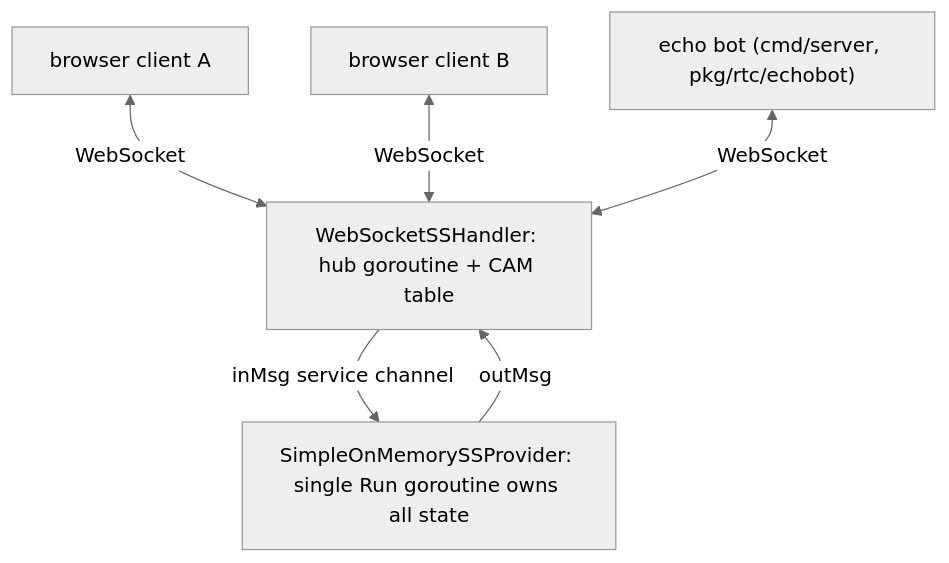
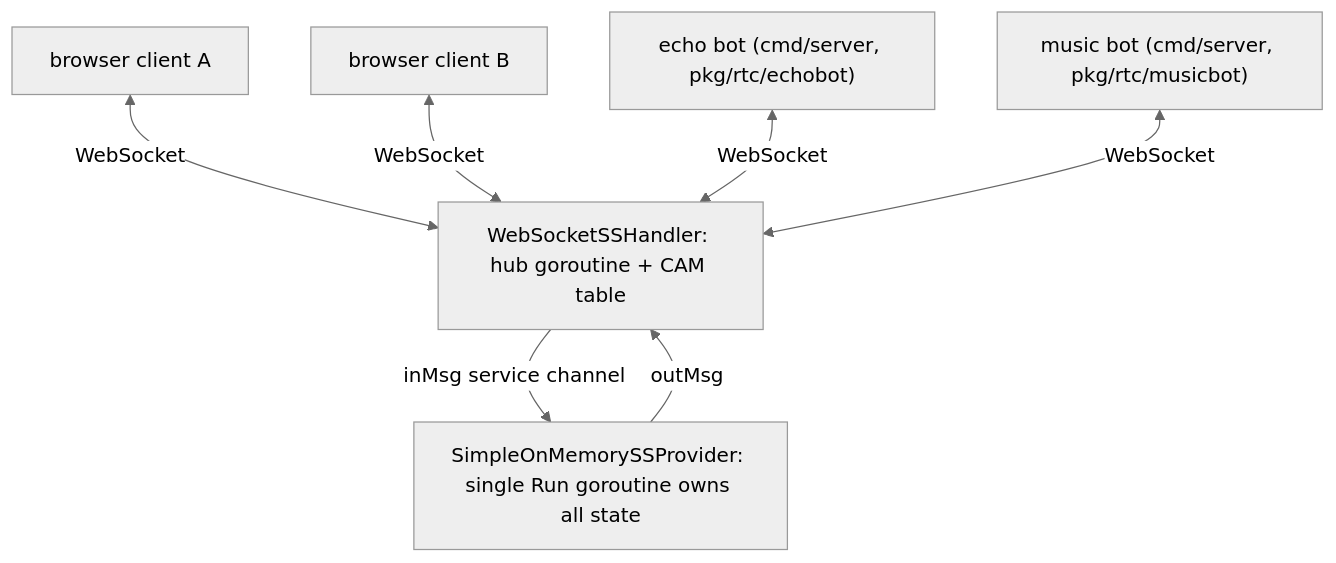
The diagram in docs/signalling-server.md (cmpxchg16b-nop/personal-site), drawn with Mermaid (neutral theme) before and after one commit. The commit also changed other lines of this file and 21 other files, not shown here.

Commit message:
Add music bot

````diff
--- a/docs/signalling-server.md
+++ b/docs/signalling-server.md
@@ -24,8 +26,9 @@
 ```mermaid
 graph TD
     A[browser client A] <-->|WebSocket| H["WebSocketSSHandler: hub goroutine + CAM table"]
     B[browser client B] <-->|WebSocket| H
     C["echo bot (cmd/server, pkg/rtc/echobot)"] <-->|WebSocket| H
+    D["music bot (cmd/server, pkg/rtc/musicbot)"] <-->|WebSocket| H
     H -->|inMsg service channel| P["SimpleOnMemorySSProvider: single Run goroutine owns all state"]
     P -->|outMsg| H
 ```
````
